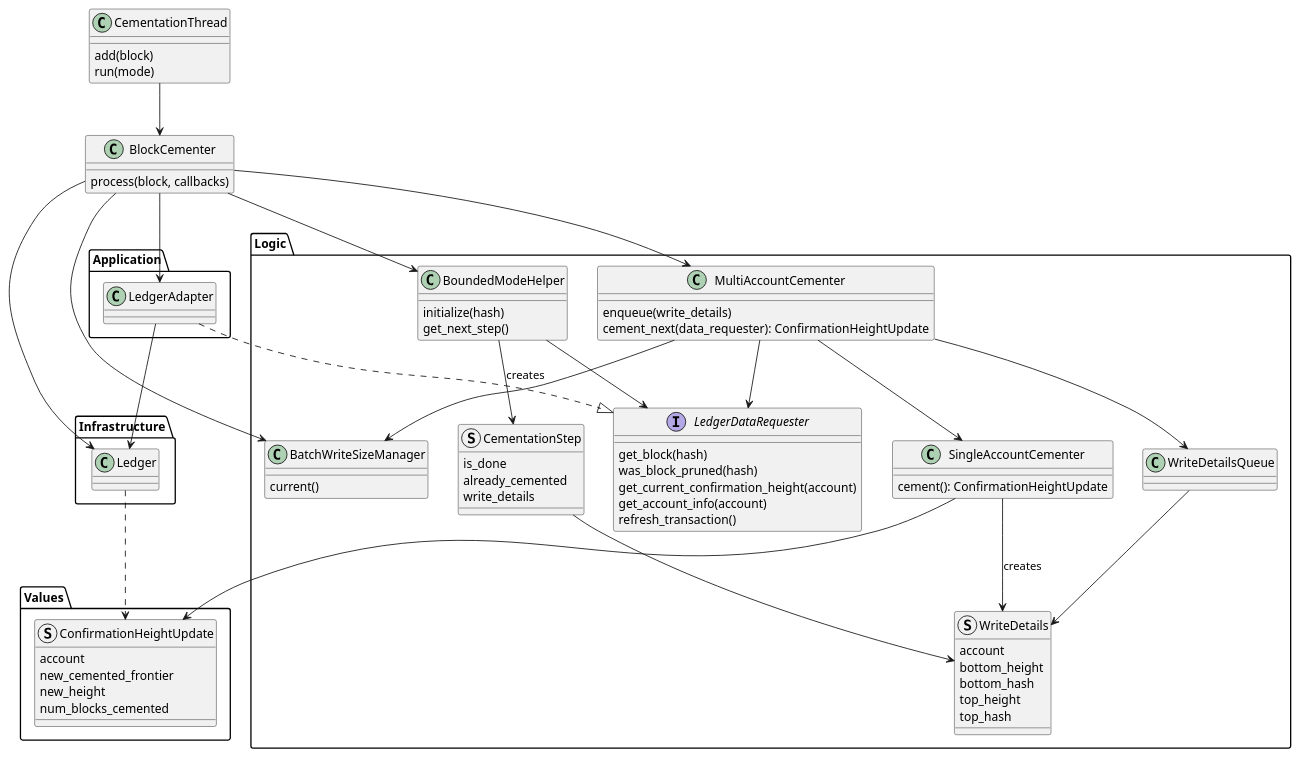
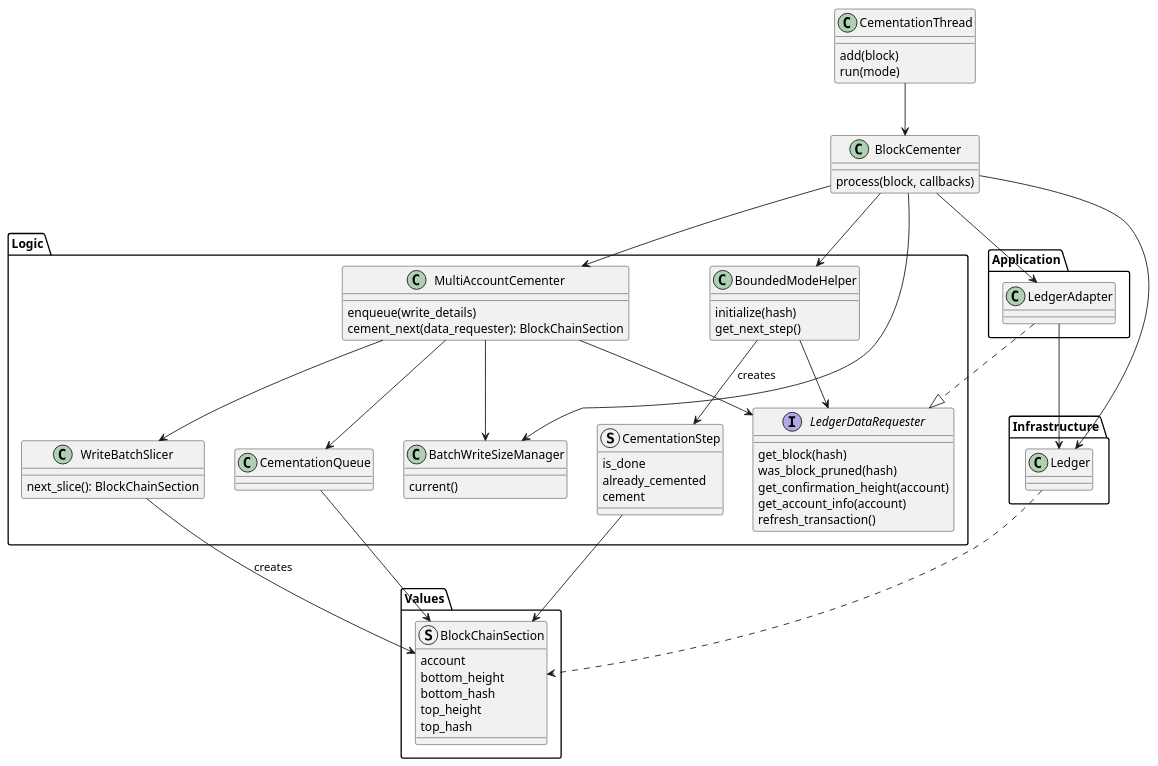
The diagram in rust/doc/cementing.puml (stjet/rsban-node), drawn with PlantUML before and after one commit. The commit also changed 9 other files, not shown here.

```diff
--- a/rust/doc/cementing.puml
+++ b/rust/doc/cementing.puml
@@ -1,98 +1,91 @@
 @startuml "Confirmation Height"
 class BlockCementer{
     process(block, callbacks)
 }
 
 class CementationThread{
     add(block)
     run(mode)
 }
 
 package "Infrastructure" {
     class Ledger
 }
 
 package "Logic"{
-    struct WriteDetails{
-        account
-        bottom_height
-        bottom_hash
-        top_height
-        top_hash
-    }
-    class WriteDetailsQueue
+    class CementationQueue
 
-    class SingleAccountCementer {
-        cement(): ConfirmationHeightUpdate
+    class WriteBatchSlicer {
+        next_slice(): BlockChainSection
     }
     class MultiAccountCementer {
         enqueue(write_details)
-        cement_next(data_requester): ConfirmationHeightUpdate
+        cement_next(data_requester): BlockChainSection
     }
     class BatchWriteSizeManager {
         current()
     }
 
     interface LedgerDataRequester{
         get_block(hash)
         was_block_pruned(hash)
-        get_current_confirmation_height(account)
+        get_confirmation_height(account)
         get_account_info(account)
         refresh_transaction()
     }
 
     struct CementationStep{
         is_done
         already_cemented
-        write_details
+        cement
     }
 
     class BoundedModeHelper{
         initialize(hash)
         get_next_step()
     }
 
 }
 
 package "Values"{
-    struct ConfirmationHeightUpdate{
+    struct BlockChainSection{
         account
-        new_cemented_frontier
-        new_height
-        num_blocks_cemented
+        bottom_height
+        bottom_hash
+        top_height
+        top_hash
     }
 }
 
 package "Application"{
     class LedgerAdapter
 }
 
-Ledger ..> ConfirmationHeightUpdate
+Ledger ..> BlockChainSection
 
 BlockCementer --> Ledger
 BlockCementer --> MultiAccountCementer
 BlockCementer --> BatchWriteSizeManager
 BlockCementer --> LedgerAdapter
 BlockCementer --> BoundedModeHelper
 
 BoundedModeHelper --> CementationStep: creates
 BoundedModeHelper --> LedgerDataRequester
 
-CementationStep --> WriteDetails
+CementationStep --> BlockChainSection
 
-MultiAccountCementer --> SingleAccountCementer
+MultiAccountCementer --> WriteBatchSlicer
 MultiAccountCementer --> BatchWriteSizeManager
-MultiAccountCementer --> WriteDetailsQueue
+MultiAccountCementer --> CementationQueue
 MultiAccountCementer --> LedgerDataRequester
 
-SingleAccountCementer --> ConfirmationHeightUpdate
-SingleAccountCementer --> WriteDetails: creates
+WriteBatchSlicer --> BlockChainSection: creates
 
-WriteDetailsQueue --> WriteDetails
+CementationQueue --> BlockChainSection
 
 CementationThread --> BlockCementer
 
 LedgerAdapter ..|> LedgerDataRequester
 LedgerAdapter --> Ledger
 
 @enduml
```
